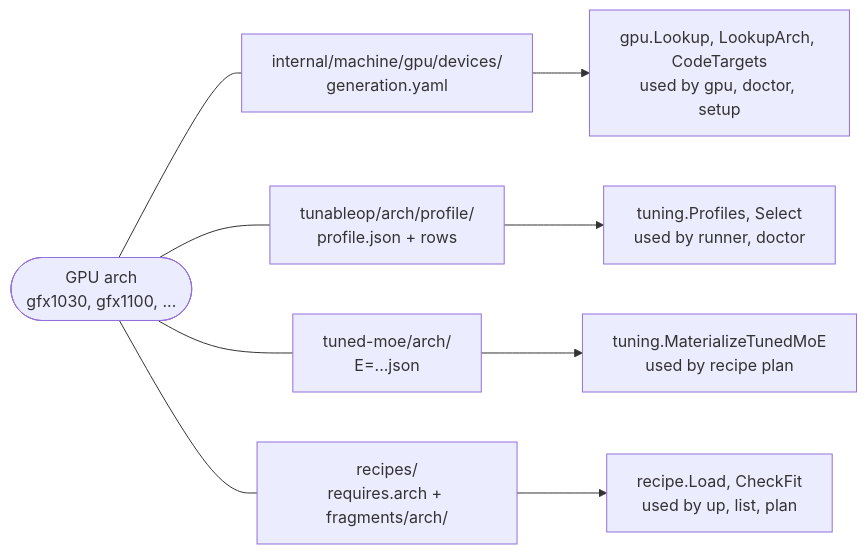
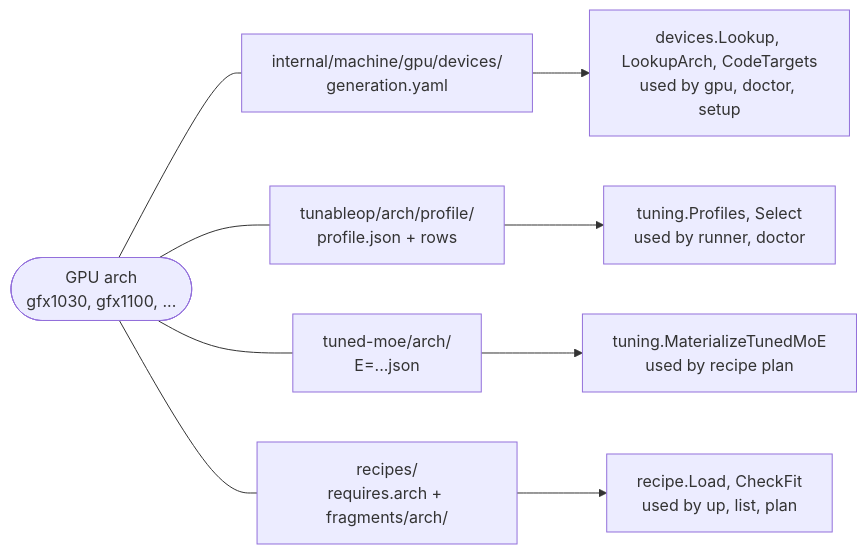
The seventh of 7 diagrams in docs/architecture.md (opengfx1030/bernie), drawn with Mermaid before and after one commit. The commit also changed other lines of this file and 17 other files, not shown here.

````diff
--- a/docs/architecture.md
+++ b/docs/architecture.md
@@ -384,12 +385,12 @@
 ```mermaid
 flowchart LR
   ARCH(["GPU arch<br/>gfx1030, gfx1100, ..."])
   ARCH --- DEV["internal/machine/gpu/devices/<br/>generation.yaml"]
   ARCH --- TOP["tunableop/arch/profile/<br/>profile.json + rows"]
   ARCH --- MOE["tuned-moe/arch/<br/>E=...json"]
   ARCH --- REC["recipes/<br/>requires.arch + fragments/arch/"]
-  DEV --> R1["gpu.Lookup, LookupArch, CodeTargets<br/>used by gpu, doctor, setup"]
+  DEV --> R1["devices.Lookup, LookupArch, CodeTargets<br/>used by gpu, doctor, setup"]
   TOP --> R2["tuning.Profiles, Select<br/>used by runner, doctor"]
   MOE --> R3["tuning.MaterializeTunedMoE<br/>used by recipe plan"]
   REC --> R4["recipe.Load, CheckFit<br/>used by up, list, plan"]
 ```
````
